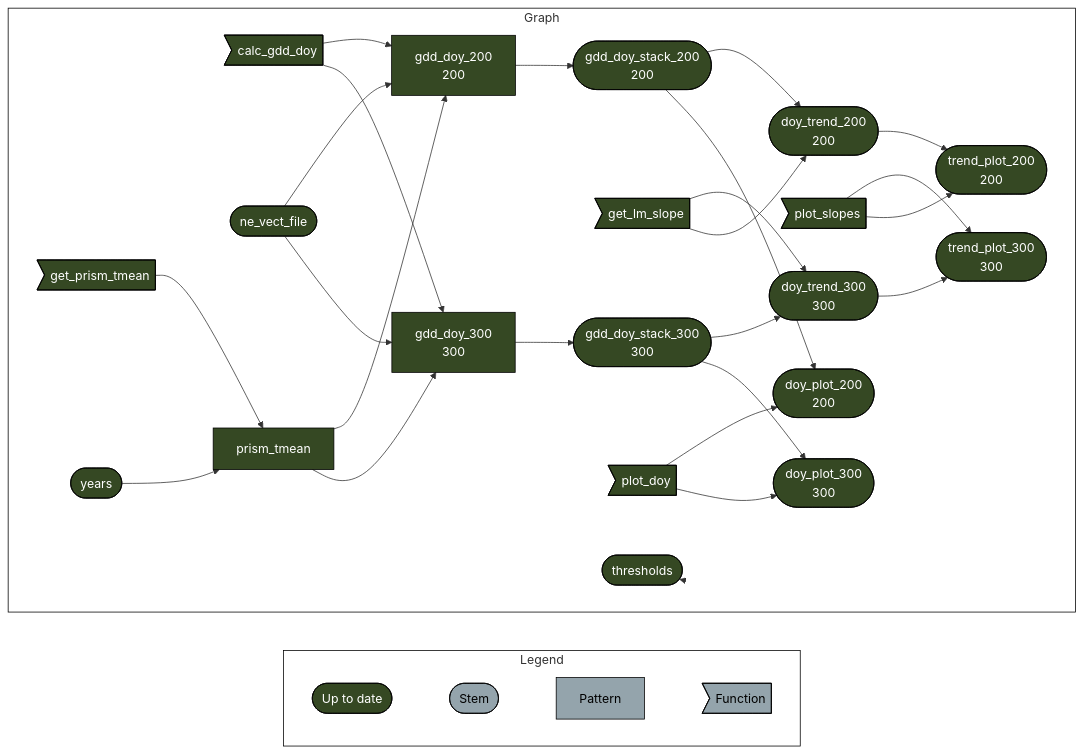
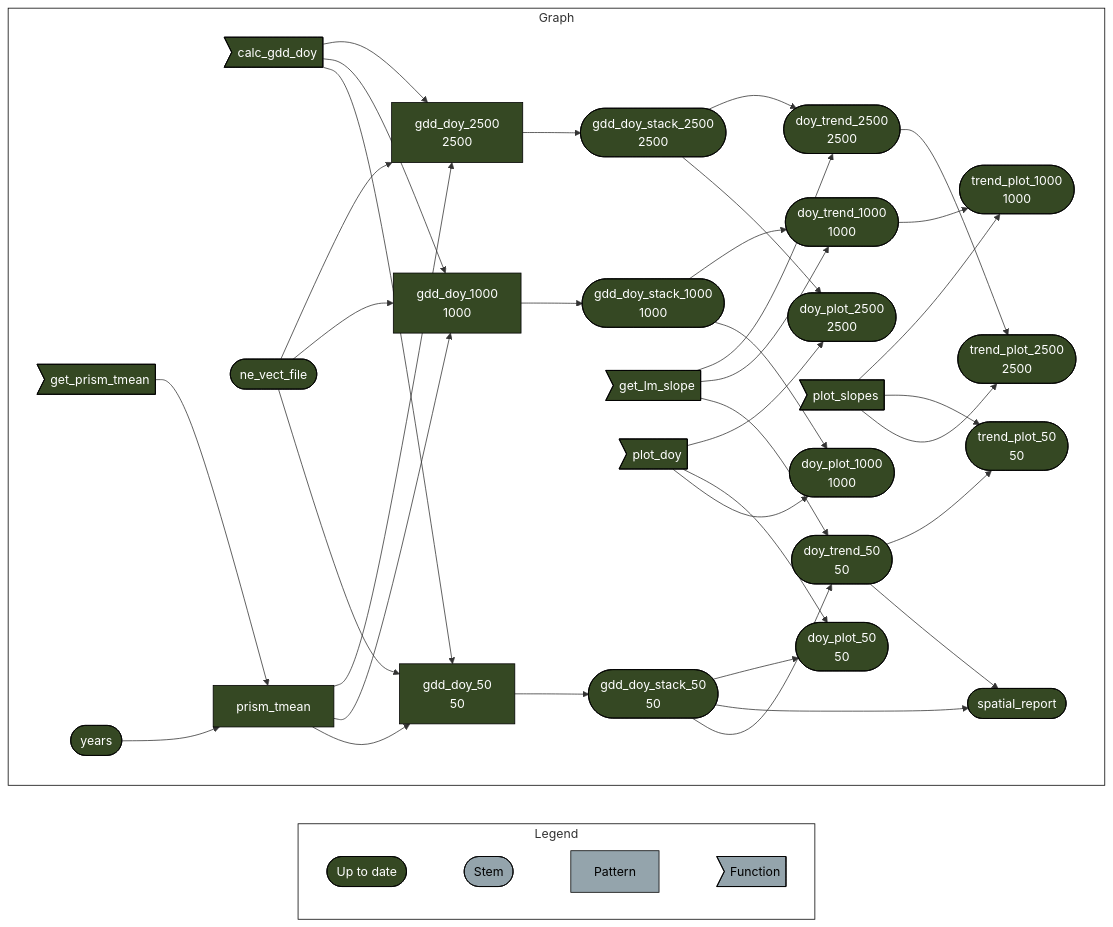
Before and after one commit to usa-npn/thermal-trends: the diagram in README.md, drawn with Mermaid. The commit also changed other lines of this file, not shown here.

Commit message:
update mermaid graph

````diff
--- a/README.md
+++ b/README.md
@@ -36,43 +37,53 @@
 ``` mermaid
 graph LR
   style Legend fill:#FFFFFF00,stroke:#000000;
   style Graph fill:#FFFFFF00,stroke:#000000;
   subgraph Legend
     direction LR
     x7420bd9270f8d27d([""Up to date""]):::uptodate --- xbf4603d6c2c2ad6b([""Stem""]):::none
     xbf4603d6c2c2ad6b([""Stem""]):::none --- x70a5fa6bea6f298d[""Pattern""]:::none
     x70a5fa6bea6f298d[""Pattern""]:::none --- xf0bce276fe2b9d3e>""Function""]:::none
   end
   subgraph Graph
     direction LR
-    x09e654e88f35baa2(["gdd_doy_stack_300<br>300"]):::uptodate --> xc5a47be3eb6c999f(["doy_trend_300<br>300"]):::uptodate
-    xbfe90ebeeb7a071e>"get_lm_slope"]:::uptodate --> xc5a47be3eb6c999f(["doy_trend_300<br>300"]):::uptodate
-    xe29acbe10e4acf5e["gdd_doy_200<br>200"]:::uptodate --> x99fb079e151e8aaa(["gdd_doy_stack_200<br>200"]):::uptodate
-    xc5a47be3eb6c999f(["doy_trend_300<br>300"]):::uptodate --> x04dfda02c5bc958a(["trend_plot_300<br>300"]):::uptodate
-    x298e720a0d38fbab>"plot_slopes"]:::uptodate --> x04dfda02c5bc958a(["trend_plot_300<br>300"]):::uptodate
-    x251a9bbe1f58f2ec(["doy_trend_200<br>200"]):::uptodate --> x371459079f39f627(["trend_plot_200<br>200"]):::uptodate
-    x298e720a0d38fbab>"plot_slopes"]:::uptodate --> x371459079f39f627(["trend_plot_200<br>200"]):::uptodate
-    x99fb079e151e8aaa(["gdd_doy_stack_200<br>200"]):::uptodate --> x251a9bbe1f58f2ec(["doy_trend_200<br>200"]):::uptodate
-    xbfe90ebeeb7a071e>"get_lm_slope"]:::uptodate --> x251a9bbe1f58f2ec(["doy_trend_200<br>200"]):::uptodate
-    x388a2f32d8679472["gdd_doy_300<br>300"]:::uptodate --> x09e654e88f35baa2(["gdd_doy_stack_300<br>300"]):::uptodate
-    x99fb079e151e8aaa(["gdd_doy_stack_200<br>200"]):::uptodate --> xee77e2ccce9f82c4(["doy_plot_200<br>200"]):::uptodate
-    x13c8ccaa5d631ad7>"plot_doy"]:::uptodate --> xee77e2ccce9f82c4(["doy_plot_200<br>200"]):::uptodate
-    x09e654e88f35baa2(["gdd_doy_stack_300<br>300"]):::uptodate --> x029e34683ca15036(["doy_plot_300<br>300"]):::uptodate
-    x13c8ccaa5d631ad7>"plot_doy"]:::uptodate --> x029e34683ca15036(["doy_plot_300<br>300"]):::uptodate
-    xb88b325298077171>"calc_gdd_doy"]:::uptodate --> xe29acbe10e4acf5e["gdd_doy_200<br>200"]:::uptodate
-    xd097f7e15f521741(["ne_vect_file"]):::uptodate --> xe29acbe10e4acf5e["gdd_doy_200<br>200"]:::uptodate
-    xe4ea051685a102ce["prism_tmean"]:::uptodate --> xe29acbe10e4acf5e["gdd_doy_200<br>200"]:::uptodate
-    xb88b325298077171>"calc_gdd_doy"]:::uptodate --> x388a2f32d8679472["gdd_doy_300<br>300"]:::uptodate
-    xd097f7e15f521741(["ne_vect_file"]):::uptodate --> x388a2f32d8679472["gdd_doy_300<br>300"]:::uptodate
-    xe4ea051685a102ce["prism_tmean"]:::uptodate --> x388a2f32d8679472["gdd_doy_300<br>300"]:::uptodate
+    x143c225a85b6f8ef["gdd_doy_1000<br>1000"]:::uptodate --> x40c2e72d4bfe48c6(["gdd_doy_stack_1000<br>1000"]):::uptodate
+    x03a837447b8e1f85(["gdd_doy_stack_2500<br>2500"]):::uptodate --> xf560c6147541e200(["doy_trend_2500<br>2500"]):::uptodate
+    xbfe90ebeeb7a071e>"get_lm_slope"]:::uptodate --> xf560c6147541e200(["doy_trend_2500<br>2500"]):::uptodate
+    x03a837447b8e1f85(["gdd_doy_stack_2500<br>2500"]):::uptodate --> x4571a9b7d2c4f70f(["doy_plot_2500<br>2500"]):::uptodate
+    x13c8ccaa5d631ad7>"plot_doy"]:::uptodate --> x4571a9b7d2c4f70f(["doy_plot_2500<br>2500"]):::uptodate
+    xb88b325298077171>"calc_gdd_doy"]:::uptodate --> x5d124cd085114def["gdd_doy_2500<br>2500"]:::uptodate
+    xd097f7e15f521741(["ne_vect_file"]):::uptodate --> x5d124cd085114def["gdd_doy_2500<br>2500"]:::uptodate
+    xe4ea051685a102ce["prism_tmean"]:::uptodate --> x5d124cd085114def["gdd_doy_2500<br>2500"]:::uptodate
+    x5a7177ac72d59179(["doy_trend_1000<br>1000"]):::uptodate --> x56ad0a64704ce37e(["trend_plot_1000<br>1000"]):::uptodate
+    x298e720a0d38fbab>"plot_slopes"]:::uptodate --> x56ad0a64704ce37e(["trend_plot_1000<br>1000"]):::uptodate
+    x067ed113746ada91(["doy_trend_50<br>50"]):::uptodate --> xb10cda98be740603(["trend_plot_50<br>50"]):::uptodate
+    x298e720a0d38fbab>"plot_slopes"]:::uptodate --> xb10cda98be740603(["trend_plot_50<br>50"]):::uptodate
+    xef0f3bd95aeea8a1(["gdd_doy_stack_50<br>50"]):::uptodate --> xa4e7d2ec2b26ed98(["doy_plot_50<br>50"]):::uptodate
+    x13c8ccaa5d631ad7>"plot_doy"]:::uptodate --> xa4e7d2ec2b26ed98(["doy_plot_50<br>50"]):::uptodate
+    x40c2e72d4bfe48c6(["gdd_doy_stack_1000<br>1000"]):::uptodate --> x5a7177ac72d59179(["doy_trend_1000<br>1000"]):::uptodate
+    xbfe90ebeeb7a071e>"get_lm_slope"]:::uptodate --> x5a7177ac72d59179(["doy_trend_1000<br>1000"]):::uptodate
+    x40c2e72d4bfe48c6(["gdd_doy_stack_1000<br>1000"]):::uptodate --> x1198f75c36e06a6d(["doy_plot_1000<br>1000"]):::uptodate
+    x13c8ccaa5d631ad7>"plot_doy"]:::uptodate --> x1198f75c36e06a6d(["doy_plot_1000<br>1000"]):::uptodate
+    x5d124cd085114def["gdd_doy_2500<br>2500"]:::uptodate --> x03a837447b8e1f85(["gdd_doy_stack_2500<br>2500"]):::uptodate
+    x4e641563f83bc893["gdd_doy_50<br>50"]:::uptodate --> xef0f3bd95aeea8a1(["gdd_doy_stack_50<br>50"]):::uptodate
+    x067ed113746ada91(["doy_trend_50<br>50"]):::uptodate --> x9dd6eb88f0f020eb(["spatial_report"]):::uptodate
+    xef0f3bd95aeea8a1(["gdd_doy_stack_50<br>50"]):::uptodate --> x9dd6eb88f0f020eb(["spatial_report"]):::uptodate
     x4796032f25dfd47a>"get_prism_tmean"]:::uptodate --> xe4ea051685a102ce["prism_tmean"]:::uptodate
     x25dbf37c6e783c25(["years"]):::uptodate --> xe4ea051685a102ce["prism_tmean"]:::uptodate
-    x548139ace4ace77c(["thresholds"]):::uptodate --> x548139ace4ace77c(["thresholds"]):::uptodate
+    xb88b325298077171>"calc_gdd_doy"]:::uptodate --> x143c225a85b6f8ef["gdd_doy_1000<br>1000"]:::uptodate
+    xd097f7e15f521741(["ne_vect_file"]):::uptodate --> x143c225a85b6f8ef["gdd_doy_1000<br>1000"]:::uptodate
+    xe4ea051685a102ce["prism_tmean"]:::uptodate --> x143c225a85b6f8ef["gdd_doy_1000<br>1000"]:::uptodate
+    xef0f3bd95aeea8a1(["gdd_doy_stack_50<br>50"]):::uptodate --> x067ed113746ada91(["doy_trend_50<br>50"]):::uptodate
+    xbfe90ebeeb7a071e>"get_lm_slope"]:::uptodate --> x067ed113746ada91(["doy_trend_50<br>50"]):::uptodate
+    xf560c6147541e200(["doy_trend_2500<br>2500"]):::uptodate --> xb9525cb3d2f5752d(["trend_plot_2500<br>2500"]):::uptodate
+    x298e720a0d38fbab>"plot_slopes"]:::uptodate --> xb9525cb3d2f5752d(["trend_plot_2500<br>2500"]):::uptodate
+    xb88b325298077171>"calc_gdd_doy"]:::uptodate --> x4e641563f83bc893["gdd_doy_50<br>50"]:::uptodate
+    xd097f7e15f521741(["ne_vect_file"]):::uptodate --> x4e641563f83bc893["gdd_doy_50<br>50"]:::uptodate
+    xe4ea051685a102ce["prism_tmean"]:::uptodate --> x4e641563f83bc893["gdd_doy_50<br>50"]:::uptodate
   end
   classDef uptodate stroke:#000000,color:#ffffff,fill:#354823;
   classDef none stroke:#000000,color:#000000,fill:#94a4ac;
   linkStyle 0 stroke-width:0px;
   linkStyle 1 stroke-width:0px;
   linkStyle 2 stroke-width:0px;
-  linkStyle 25 stroke-width:0px;
 ```
````
